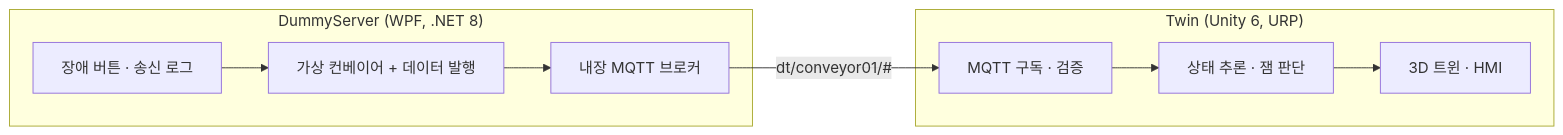
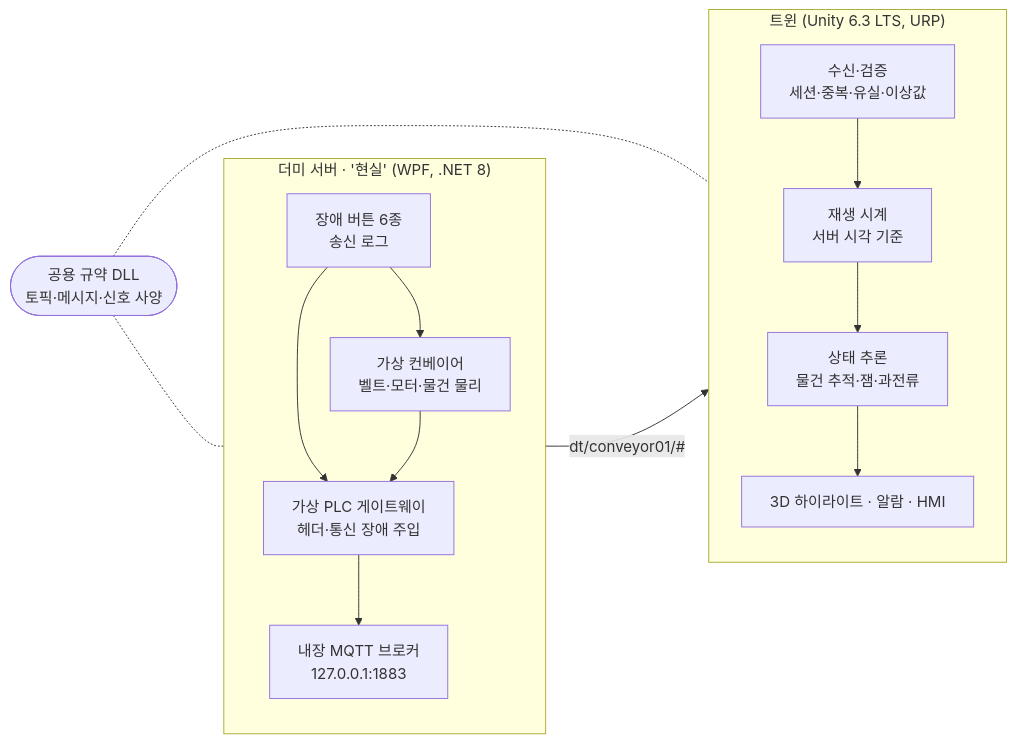
The diagram in README.md (SeonghunChoi/unity_conveyor_digital_twin), drawn with Mermaid before and after one commit. The commit also changed other lines of this file and 3 other files, not shown here.

First line of the commit message:
14일 차: README와 아키텍처 구조도

````diff
--- a/README.md
+++ b/README.md
@@ -10,17 +29,25 @@
 ```mermaid
 flowchart LR
-    subgraph Server["DummyServer (WPF, .NET 8)"]
-        B[내장 MQTT 브로커]
-        P[가상 컨베이어 + 데이터 발행]
-        F[장애 버튼 · 송신 로그]
-        P --> B
-        F --> P
+    subgraph Reality["더미 서버 · '현실' (WPF, .NET 8)"]
+        direction TB
+        UI["장애 버튼 6종<br/>송신 로그"]
+        SIM["가상 컨베이어<br/>벨트·모터·물건 물리"]
+        PUB["가상 PLC 게이트웨이<br/>헤더·통신 장애 주입"]
+        BRK["내장 MQTT 브로커<br/>127.0.0.1:1883"]
+        UI --> SIM
+        UI --> PUB
+        SIM --> PUB --> BRK
     end
-    subgraph Twin["Twin (Unity 6, URP)"]
-        S[MQTT 구독 · 검증]
-        L[상태 추론 · 잼 판단]
-        V[3D 트윈 · HMI]
-        S --> L --> V
+    subgraph Twin["트윈 (Unity 6.3 LTS, URP)"]
+        direction TB
+        RX["수신·검증<br/>세션·중복·유실·이상값"]
+        PB["재생 시계<br/>서버 시각 기준"]
+        INF["상태 추론<br/>물건 추적·잼·과전류"]
+        OUT["3D 하이라이트 · 알람 · HMI"]
+        RX --> PB --> INF --> OUT
     end
-    B -- "dt/conveyor01/#" --> S
+    SH(["공용 규약 DLL<br/>토픽·메시지·신호 사양"])
+    BRK -- "dt/conveyor01/#" --> RX
+    SH -.- PUB
+    SH -.- RX
 ```
````
